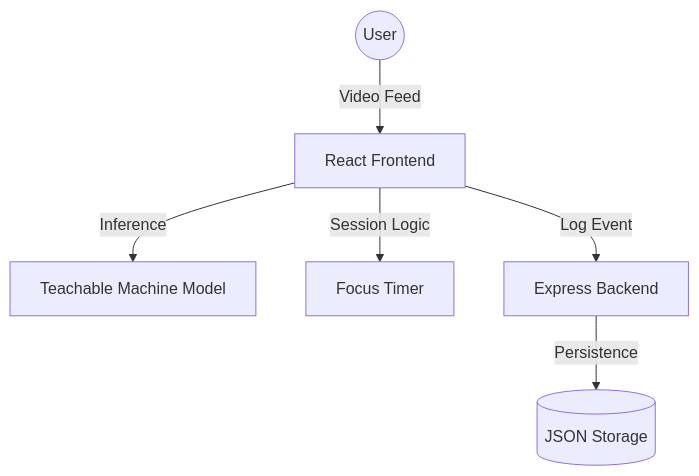
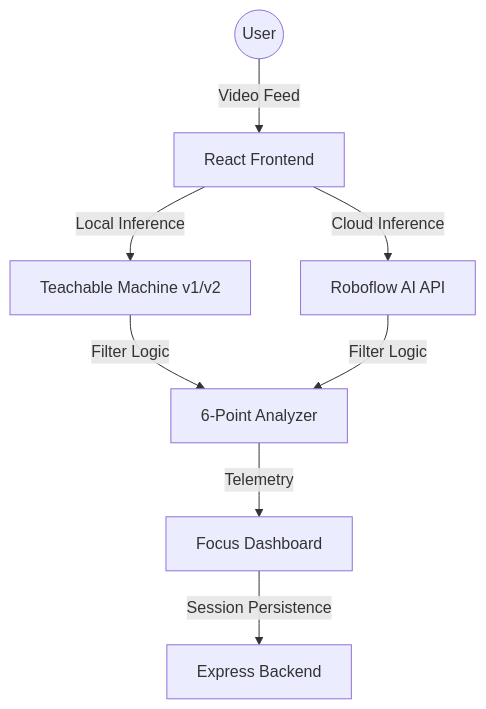
One commit to Krrish0221/Deep-Work-AI changed the diagram in README.md. Above: the diagram before and after it, drawn with Mermaid. The commit also changed other lines of this file and 9 other files, not shown here.

````diff
--- a/README.md
+++ b/README.md
@@ -29,8 +28,10 @@
 ```mermaid
 graph TD
     User((User)) -->|Video Feed| Browser[React Frontend]
-    Browser -->|Inference| TM[Teachable Machine Model]
-    Browser -->|Session Logic| Timer[Focus Timer]
-    Browser -->|Log Event| API[Express Backend]
-    API -->|Persistence| DB[(JSON Storage)]
+    Browser -->|Local Inference| TM[Teachable Machine v1/v2]
+    Browser -->|Cloud Inference| RF[Roboflow AI API]
+    TM -->|Filter Logic| Logic[6-Point Analyzer]
+    RF -->|Filter Logic| Logic
+    Logic -->|Telemetry| Dashboard[Focus Dashboard]
+    Dashboard -->|Session Persistence| API[Express Backend]
 ```
````
